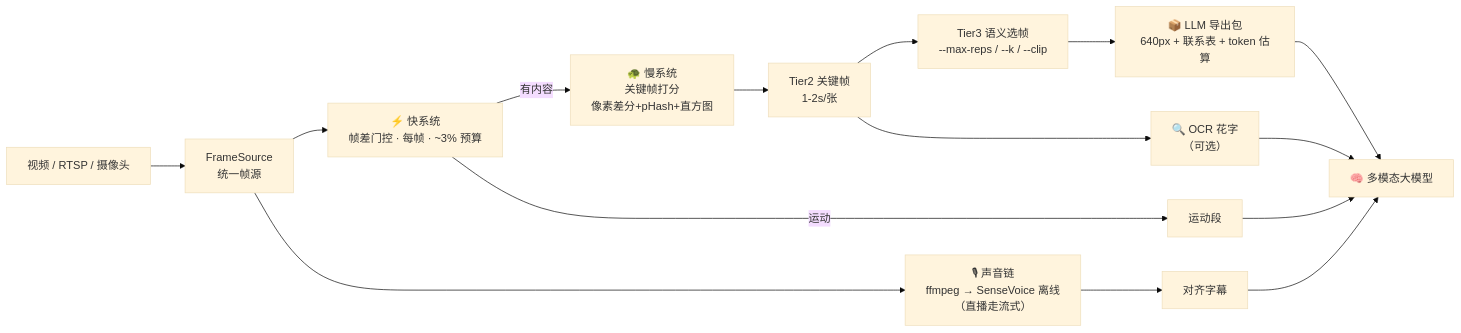
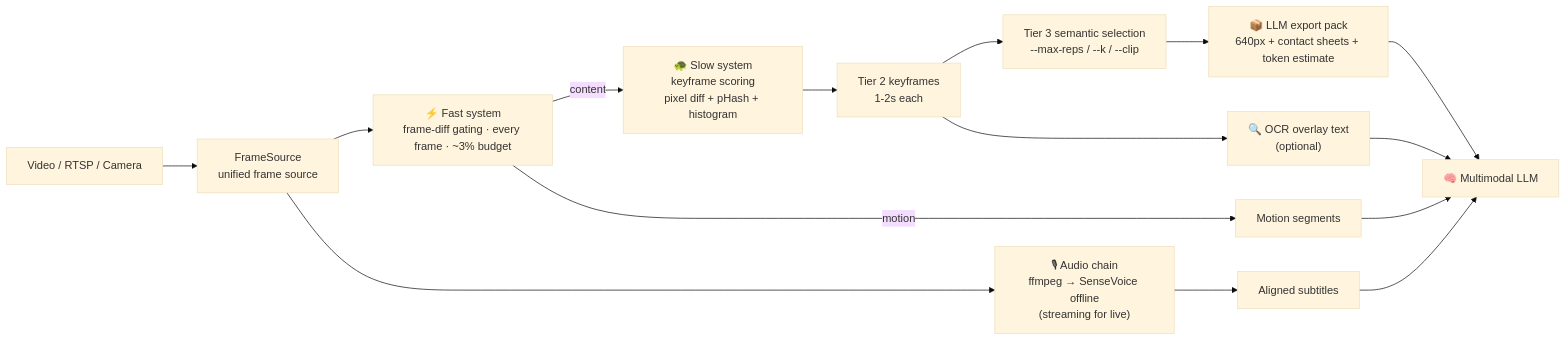
The diagram in README.md (CommitStrip/video-understanding-skill), drawn with Mermaid (base theme) before and after one commit. The commit also changed other lines of this file and 3 other files, not shown here.

````diff
--- a/README.md
+++ b/README.md
@@ -139,17 +160,17 @@
 ```mermaid
 flowchart LR
-    SRC["视频 / RTSP / 摄像头"] --> FS["FrameSource<br/>统一帧源"]
-    FS --> FAST["⚡ 快系统<br/>帧差门控 · 每帧 · ~3% 预算"]
-    FAST -->|有内容| SLOW["🐢 慢系统<br/>关键帧打分<br/>像素差分+pHash+直方图"]
-    FAST -->|运动| SEG["运动段"]
-    SLOW --> KF["Tier2 关键帧<br/>1-2s/张"]
-    KF --> T3["Tier3 语义选帧<br/>--max-reps / --k / --clip"]
-    T3 --> LLM["📦 LLM 导出包<br/>640px + 联系表 + token 估算"]
-    FS --> AUD["🎙 声音链<br/>ffmpeg → SenseVoice 离线<br/>（直播走流式）"]
-    AUD --> SUB["对齐字幕"]
-    KF --> OCR["🔍 OCR 花字<br/>（可选）"]
-    LLM --> MLLM["🧠 多模态大模型"]
+    SRC["Video / RTSP / Camera"] --> FS["FrameSource<br/>unified frame source"]
+    FS --> FAST["⚡ Fast system<br/>frame-diff gating · every frame · ~3% budget"]
+    FAST -->|content| SLOW["🐢 Slow system<br/>keyframe scoring<br/>pixel diff + pHash + histogram"]
+    FAST -->|motion| SEG["Motion segments"]
+    SLOW --> KF["Tier 2 keyframes<br/>1-2s each"]
+    KF --> T3["Tier 3 semantic selection<br/>--max-reps / --k / --clip"]
+    T3 --> LLM["📦 LLM export pack<br/>640px + contact sheets + token estimate"]
+    FS --> AUD["🎙 Audio chain<br/>ffmpeg → SenseVoice offline<br/>(streaming for live)"]
+    AUD --> SUB["Aligned subtitles"]
+    KF --> OCR["🔍 OCR overlay text<br/>(optional)"]
+    LLM --> MLLM["🧠 Multimodal LLM"]
     SUB --> MLLM
     OCR --> MLLM
     SEG --> MLLM
 ```
````
